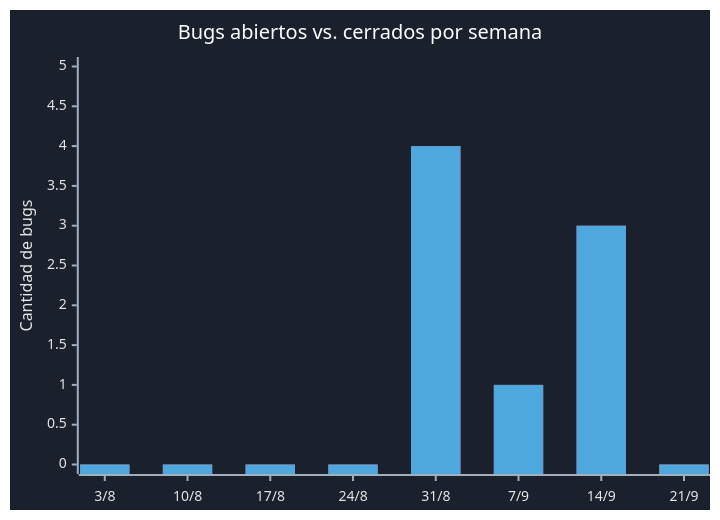
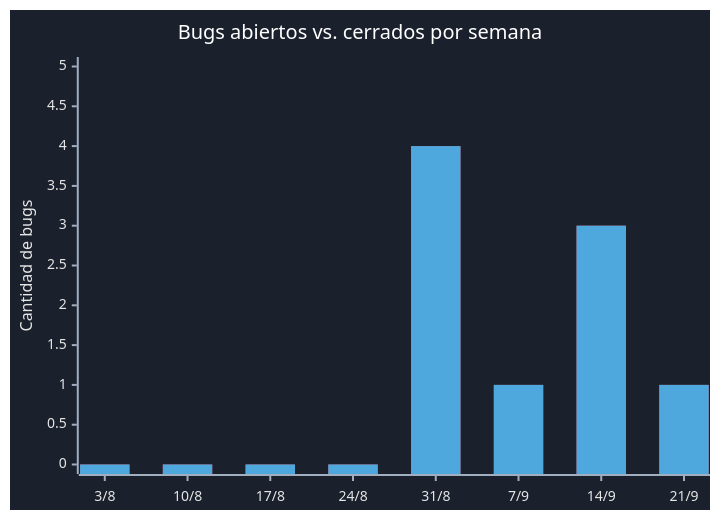
Before and after one commit to VED-VirtualExperienceDevelopment/bistrolink: the diagram in docs/dashboard-bugs-github.md, drawn with Mermaid. The commit also changed other lines of this file, not shown here.

````diff
--- a/docs/dashboard-bugs-github.md
+++ b/docs/dashboard-bugs-github.md
@@ -27,24 +27,24 @@
 ```mermaid
 %%{init: {'theme':'base', 'themeVariables': {
   'background': '#1a202c',
   'xyChart': {
     'backgroundColor': '#1a202c',
     'titleColor': '#ffffff',
     'xAxisLabelColor': '#e6e6e6',
     'xAxisTitleColor': '#e6e6e6',
     'xAxisTickColor': '#a0aec0',
     'xAxisLineColor': '#a0aec0',
     'yAxisLabelColor': '#e6e6e6',
     'yAxisTitleColor': '#e6e6e6',
     'yAxisTickColor': '#a0aec0',
     'yAxisLineColor': '#a0aec0',
     'plotColorPalette': '#e05263, #4ea8de'
   }
 }}}%%
 xychart-beta
     title "Bugs abiertos vs. cerrados por semana"
     x-axis ["3/8", "10/8", "17/8", "24/8", "31/8", "7/9", "14/9", "21/9"]
     y-axis "Cantidad de bugs" 0 --> 5
-    bar "Abiertos" [0, 0, 0, 0, 4, 1, 3, 0]
-    bar "Cerrados" [0, 0, 0, 0, 4, 1, 3, 0]
+    bar "Abiertos" [0, 0, 0, 0, 4, 1, 3, 1]
+    bar "Cerrados" [0, 0, 0, 0, 4, 1, 3, 1]
 ```
````
